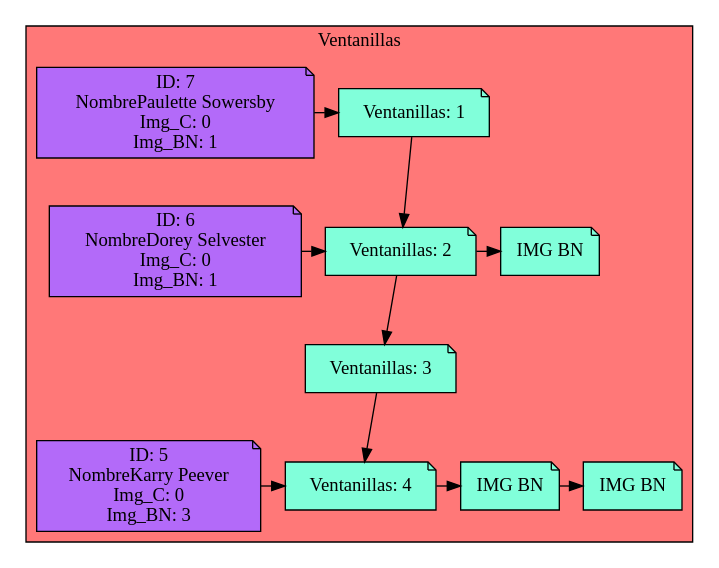
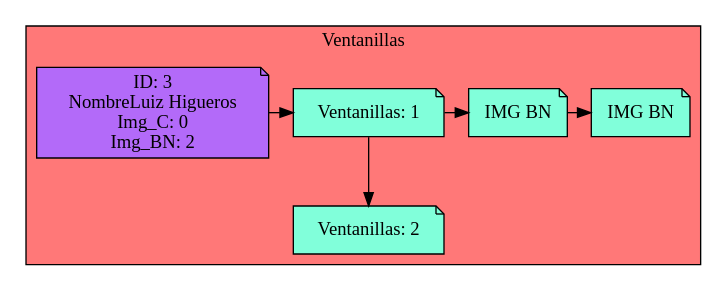
Before and after one commit to Serch-ING/EDD_UDRAWING_202000119: the diagram in Simple_Windows.dot, drawn with Graphviz. The commit also changed 12 other files, not shown here.

```diff
--- a/Simple_Windows.dot
+++ b/Simple_Windows.dot
@@ -1,45 +1,23 @@
 digraph L {
 node[shape=note fillcolor="#A181FF" style =filled]
 subgraph cluster_p{
     label= " Ventanillas "
     bgcolor = "#FF7878"
-Nodo70807318[label="Ventanillas: 1",fillcolor="#81FFDA",group=1]
-Nodo910091170[label="Ventanillas: 2",fillcolor="#81FFDA",group=2]
-Nodo293907205[label="Ventanillas: 3",fillcolor="#81FFDA",group=3]
-Nodo988800485[label="Ventanillas: 4",fillcolor="#81FFDA",group=4]
+Nodo1192171522[label="Ventanillas: 1",fillcolor="#81FFDA",group=1]
+Nodo1661081225[label="Ventanillas: 2",fillcolor="#81FFDA",group=2]
 
-Nodo70807318 -> Nodo910091170
+Nodo1192171522 -> Nodo1661081225
 
-Cliente365181913[label="ID: 7
-NombrePaulette Sowersby
+Cliente1699679644[label="ID: 3
+NombreLuiz Higueros
 Img_C: 0
-Img_BN: 1",fillcolor="#B36AF9",group=1]
-Cliente365181913-> Nodo70807318
-{rank=same;Nodo70807318,Cliente365181913}
-Nodo910091170 -> Nodo293907205
+Img_BN: 2",fillcolor="#B36AF9",group=1]
+Cliente1699679644-> Nodo1192171522
+Nodo1219402581[label="IMG BN",fillcolor="#81FFDA"]
+Nodo1664439369[label="IMG BN",fillcolor="#81FFDA"]
+Nodo1219402581 -> Nodo1664439369
 
-Cliente404214852[label="ID: 6
-NombreDorey Selvester
-Img_C: 0
-Img_BN: 1",fillcolor="#B36AF9",group=2]
-Cliente404214852-> Nodo910091170
-Nodo1031061344[label="IMG BN",fillcolor="#81FFDA"]
+Nodo1192171522 -> Nodo1219402581
 
-Nodo910091170 -> Nodo1031061344
-
-{rank=same;Nodo910091170,Cliente404214852,Nodo1031061344}
-Nodo293907205 -> Nodo988800485
-
-{rank=same;Nodo293907205}
-Cliente1668016508[label="ID: 5
-NombreKarry Peever
-Img_C: 0
-Img_BN: 3",fillcolor="#B36AF9",group=4]
-Cliente1668016508-> Nodo988800485
-Nodo1327536153[label="IMG BN",fillcolor="#81FFDA"]
-Nodo1822971466[label="IMG BN",fillcolor="#81FFDA"]
-Nodo1327536153 -> Nodo1822971466
-
-Nodo988800485 -> Nodo1327536153
-
-{rank=same;Nodo988800485,Cliente1668016508,Nodo1327536153,Nodo1822971466}}}
+{rank=same;Nodo1192171522,Cliente1699679644,Nodo1219402581,Nodo1664439369}
+{rank=same;Nodo1661081225}}}
```
